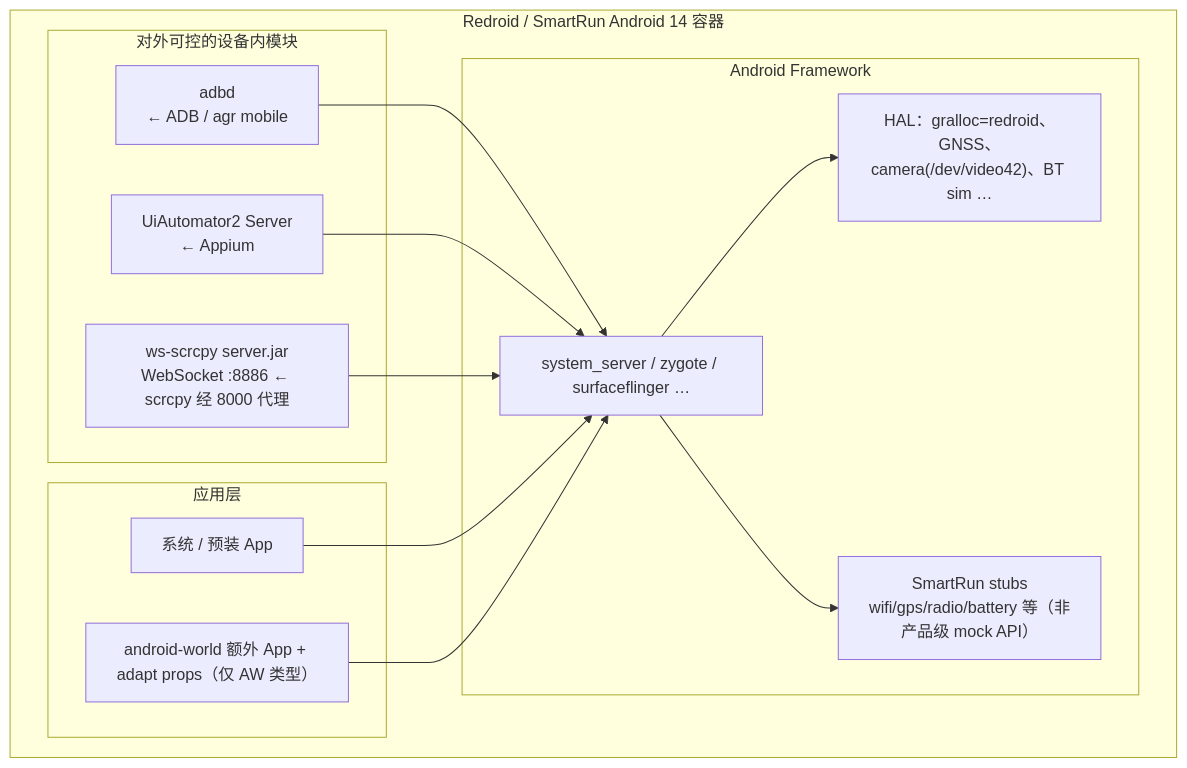
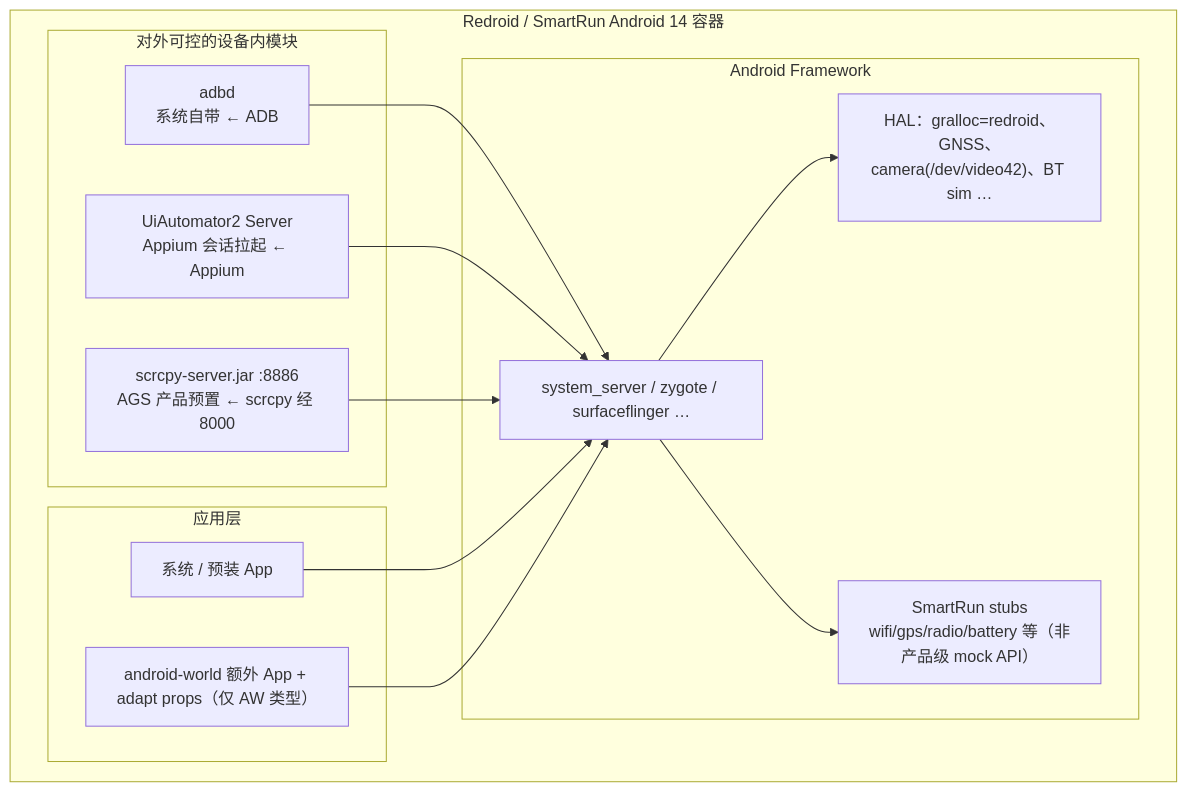
Before and after one commit to LOLHenry/android-cuttlefish: the fifth of 6 diagrams in docs/architecture/ags-mobile-cube-runtime.md, drawn with Mermaid. The commit also changed other lines of this file, not shown here.

First line of the commit message:
docs: label UIA2 as session-started, scrcpy as product-prebuilt

````diff
--- a/docs/architecture/ags-mobile-cube-runtime.md
+++ b/docs/architecture/ags-mobile-cube-runtime.md
@@ -287,29 +287,29 @@
 ```mermaid
 flowchart TB
   subgraph Redroid["Redroid / SmartRun Android 14 容器"]
     subgraph Framework["Android Framework"]
       SysSrv["system_server / zygote / surfaceflinger …"]
       HAL["HAL：gralloc=redroid、GNSS、camera(/dev/video42)、BT sim …"]
       Stubs["SmartRun stubs<br/>wifi/gps/radio/battery 等（非产品级 mock API）"]
     end
 
     subgraph ControlInGuest["对外可控的设备内模块"]
-      ADBD["adbd<br/>← ADB / agr mobile"]
-      UIA2["UiAutomator2 Server<br/>← Appium"]
-      ScrcpySrv["ws-scrcpy server.jar<br/>WebSocket :8886 ← scrcpy 经 8000 代理"]
+      ADBD["adbd<br/>系统自带 ← ADB"]
+      UIA2["UiAutomator2 Server<br/>Appium 会话拉起 ← Appium"]
+      ScrcpySrv["scrcpy-server.jar :8886<br/>AGS 产品预置 ← scrcpy 经 8000"]
     end
 
     subgraph Apps["应用层"]
       BaseApps["系统 / 预装 App"]
       AWApps["android-world 额外 App + adapt props（仅 AW 类型）"]
     end
 
     SysSrv --> HAL
     SysSrv --> Stubs
     ADBD --> SysSrv
     UIA2 --> SysSrv
     ScrcpySrv --> SysSrv
     BaseApps --> SysSrv
     AWApps --> SysSrv
   end
 ```
````
